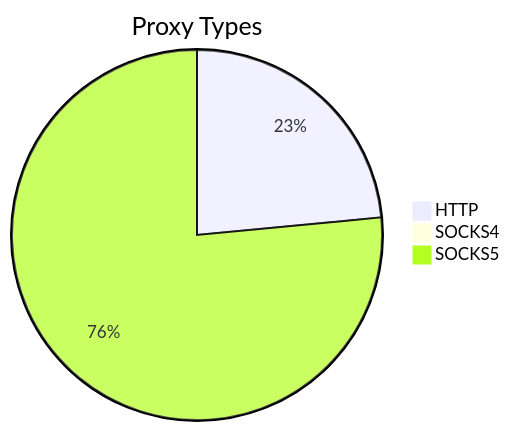
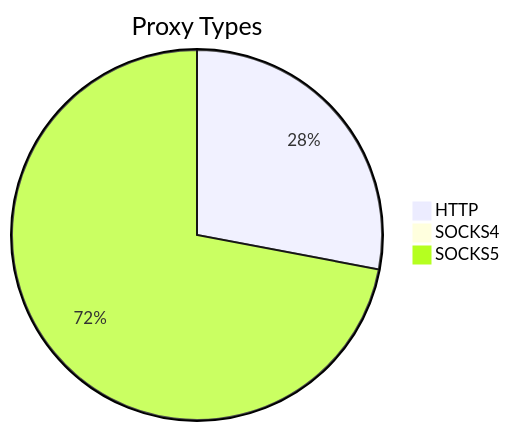
Before and after one commit to stormsia/proxy-list: the first of 2 diagrams in README.md, drawn with Mermaid. The commit also changed other lines of this file, not shown here.

````diff
--- a/README.md
+++ b/README.md
@@ -21,6 +21,6 @@
 ```mermaid
 pie title Proxy Types
-    "HTTP" : 986
-    "SOCKS4" : 17
-    "SOCKS5" : 3213
+    "HTTP" : 650
+    "SOCKS4" : 12
+    "SOCKS5" : 1673
 ```
````
